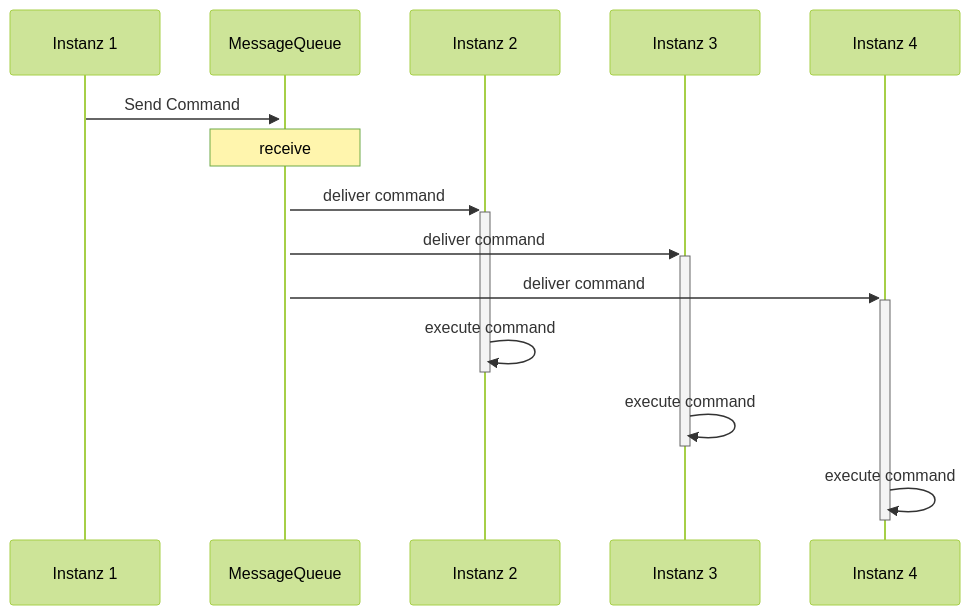
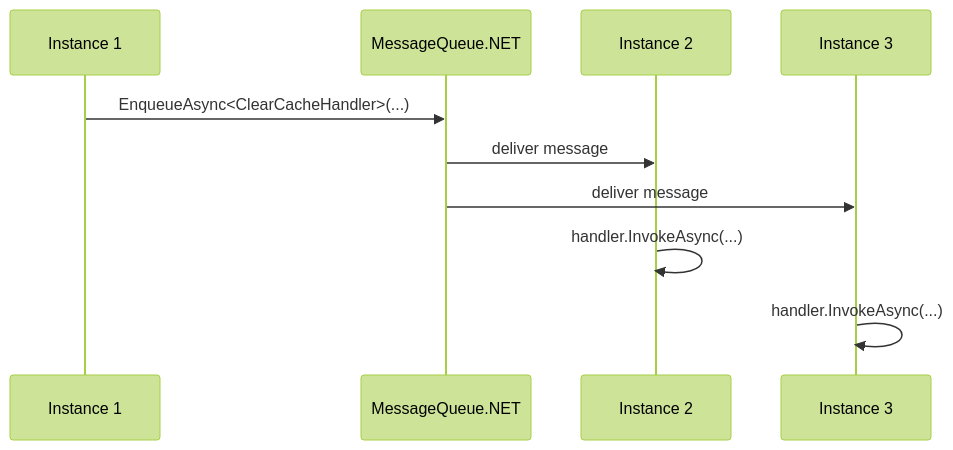
Before and after one commit to jugstalt/MessageQueueNET: the diagram in docs/en/patterns/app-topic.md, drawn with Mermaid (forest theme). The commit also changed other lines of this file and 29 other files, not shown here.

````diff
--- a/docs/en/patterns/app-topic.md
+++ b/docs/en/patterns/app-topic.md
@@ -9,17 +7,13 @@
 ```mermaid
 sequenceDiagram
-    participant I1 as Instanz 1
-    participant MQ as MessageQueue
-    participant I2 as Instanz 2
-    participant I3 as Instanz 3
-    participant I4 as Instanz 4
+    participant I1 as Instance 1
+    participant MQ as MessageQueue.NET
+    participant I2 as Instance 2
+    participant I3 as Instance 3
 
-    I1->>+MQ: Send Command
-    Note over MQ: receive
-    MQ->>+I2: deliver command
-    MQ->>+I3: deliver command
-    MQ->>+I4: deliver command
-    I2->>-I2: execute command
-    I3->>-I3: execute command
-    I4->>-I4: execute command
+    I1->>MQ: EnqueueAsync<ClearCacheHandler>(...)
+    MQ->>I2: deliver message
+    MQ->>I3: deliver message
+    I2->>I2: handler.InvokeAsync(...)
+    I3->>I3: handler.InvokeAsync(...)
 ```
````
